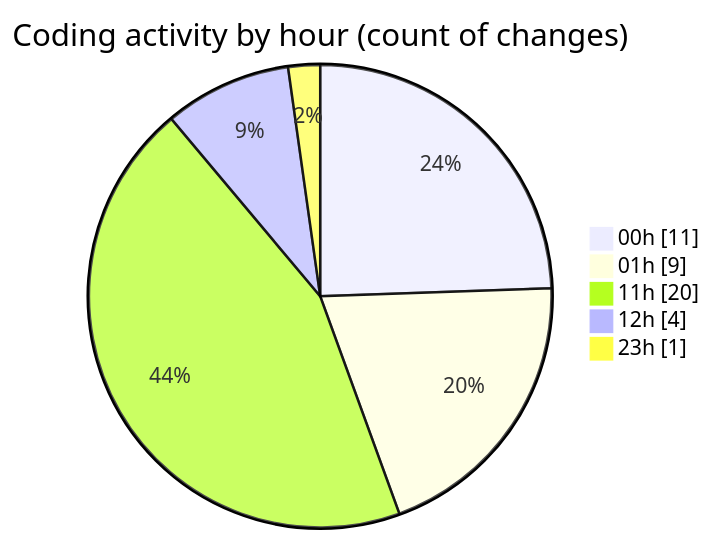
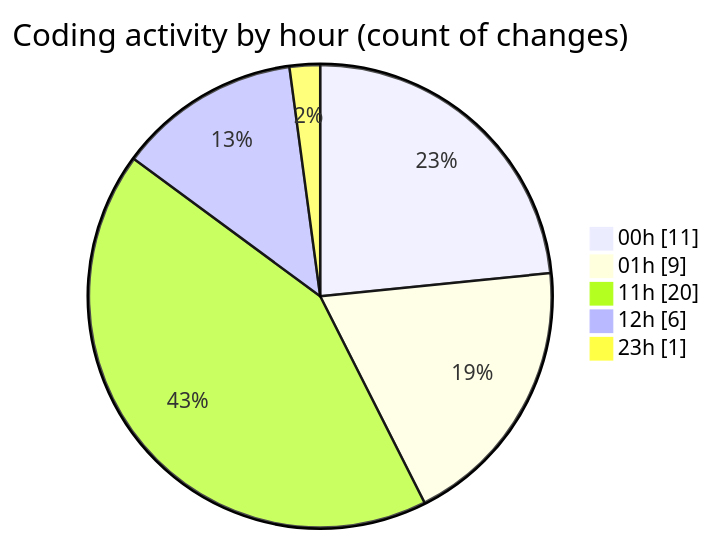
Before and after one commit to lephambinh05/code-tracking: the second of 2 diagrams in 2025-07-18/nhahang/README.md, drawn with Mermaid. The commit also changed other lines of this file and 1 other file, not shown here.

````diff
--- a/2025-07-18/nhahang/README.md
+++ b/2025-07-18/nhahang/README.md
@@ -47,9 +47,9 @@
 ```mermaid
 pie showData
 title Coding activity by hour (count of changes)
 "00h" : 11
 "01h" : 9
 "11h" : 20
-"12h" : 4
+"12h" : 6
 "23h" : 1
 ```
````
